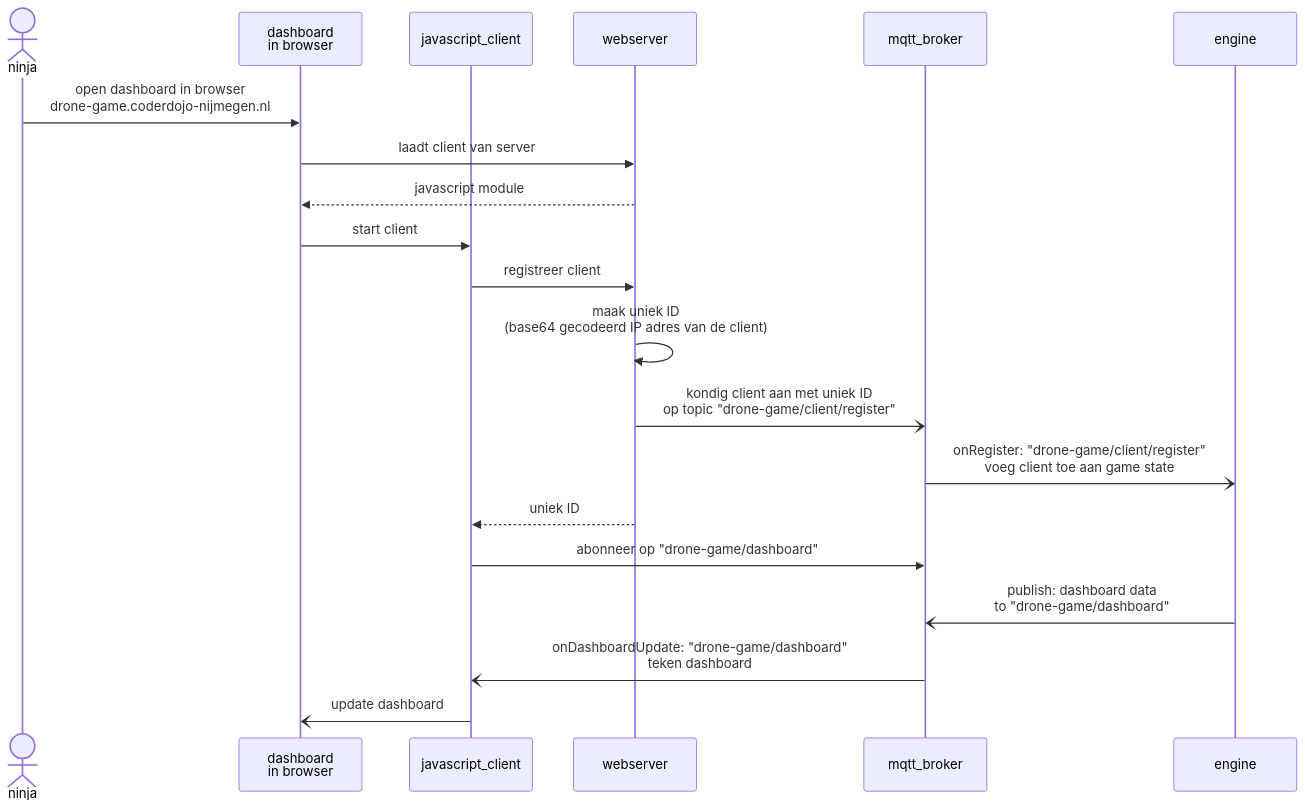
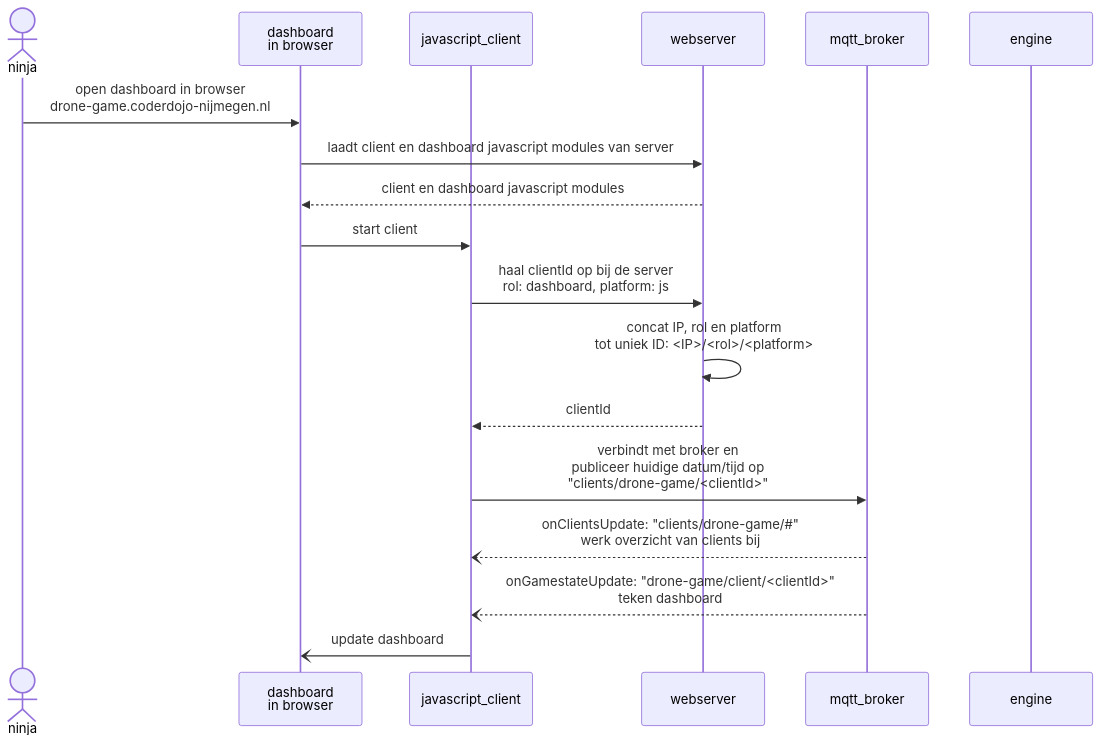
One commit to coderdojonijmegen/multiplayer_game changed the second of 3 diagrams in software design.md. Above: the diagram before and after it, drawn with Mermaid. The commit also changed other lines of this file and 10 other files, not shown here.

````diff
--- a/software design.md
+++ b/software design.md
@@ -51,26 +70,23 @@
 ```mermaid
 sequenceDiagram
     Actor ninja
     participant dashboard as dashboard<br>in browser
     participant javascript_client
     participant webserver
     participant mqtt_broker
     participant engine
 
     ninja ->> dashboard: open dashboard in browser<br/>drone-game.coderdojo-nijmegen.nl
-    dashboard ->> webserver: laadt client van server
-    webserver -->> dashboard: javascript module
+    dashboard ->> webserver: laadt client en dashboard javascript modules van server
+    webserver -->> dashboard: client en dashboard javascript modules
     dashboard ->> javascript_client: start client
-    javascript_client ->> webserver: registreer client
-    webserver ->> webserver: maak uniek ID<br/>(base64 gecodeerd IP adres van de client)
-    webserver -) mqtt_broker: kondig client aan met uniek ID<br/>op topic "drone-game/client/register"
-    mqtt_broker -) engine: onRegister: "drone-game/client/register"<br/>voeg client toe aan game state
-    webserver -->> javascript_client: uniek ID
+    javascript_client ->> webserver: haal clientId op bij de server<br>rol: dashboard, platform: js
+    webserver ->> webserver: concat IP, rol en platform<br>tot uniek ID: <IP>/<rol>/<platform>
+    webserver -->> javascript_client: clientId
 
-    javascript_client ->> mqtt_broker: abonneer op "drone-game/dashboard"
-    engine -) mqtt_broker: publish: dashboard data<br>to "drone-game/dashboard"
-    mqtt_broker -) javascript_client: onDashboardUpdate: "drone-game/dashboard"<br>teken dashboard
+    javascript_client ->> mqtt_broker: verbindt met broker en <br>publiceer huidige datum/tijd op<br>"clients/drone-game/<clientId>"
+    mqtt_broker --) javascript_client: onClientsUpdate: "clients/drone-game/#35;"<br>werk overzicht van clients bij
+    mqtt_broker --) javascript_client: onGamestateUpdate: "drone-game/client/<clientId>"<br>teken dashboard
     javascript_client -) dashboard: update dashboard
    
-
 ```
````
